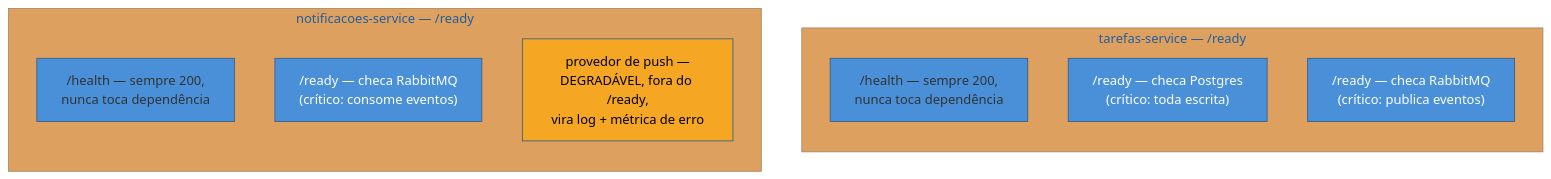
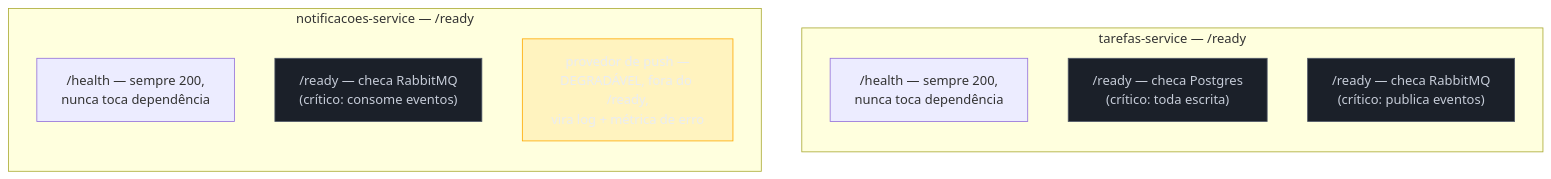
One commit to josenaldo/codex-technomanticus changed the third of 5 diagrams in 03-Dominios/Tecnologia/Python/Observabilidade e produção/08 - Capstone — os dois serviços prontos pra produção.md. Above: the diagram before and after it, drawn with Mermaid. The commit also changed other lines of this file and 1181 other files, not shown here.

First line of the commit message:
fix(diagramas): paleta do sistema no lugar de cor cravada no markdown

````diff
--- a/03-Dominios/Tecnologia/Python/Observabilidade e produção/08 - Capstone — os dois serviços prontos pra produção.md
+++ b/03-Dominios/Tecnologia/Python/Observabilidade e produção/08 - Capstone — os dois serviços prontos pra produção.md
@@ -312,22 +313,23 @@
 ```mermaid
-%%{init: {"theme": "base", "themeVariables": {"primaryColor": "#4A90D9", "primaryBorderColor": "#2E5C8A", "lineColor": "#4A90D9"}}}%%
 flowchart TB
+    classDef neutro fill:#1B2029,stroke:#4E5666,color:#C6CCD8
+    classDef destaque fill:#FFAA0024,stroke:#FFAA00,color:#E9ECF2
     subgraph T["tarefas-service — /ready"]
         direction TB
         T1["/health — sempre 200,<br/>nunca toca dependência"]
         T2["/ready — checa Postgres<br/>(crítico: toda escrita)"]
         T3["/ready — checa RabbitMQ<br/>(crítico: publica eventos)"]
     end
 
     subgraph N["notificacoes-service — /ready"]
         direction TB
         N1["/health — sempre 200,<br/>nunca toca dependência"]
         N2["/ready — checa RabbitMQ<br/>(crítico: consome eventos)"]
         N3["provedor de push —<br/>DEGRADÁVEL, fora do /ready,<br/>vira log + métrica de erro"]
     end
 
-    style T2 fill:#4A90D9,color:#fff
-    style T3 fill:#4A90D9,color:#fff
-    style N2 fill:#4A90D9,color:#fff
-    style N3 fill:#F5A623,color:#000
+    class T2 neutro
+    class T3 neutro
+    class N2 neutro
+    class N3 destaque
 ```
````
